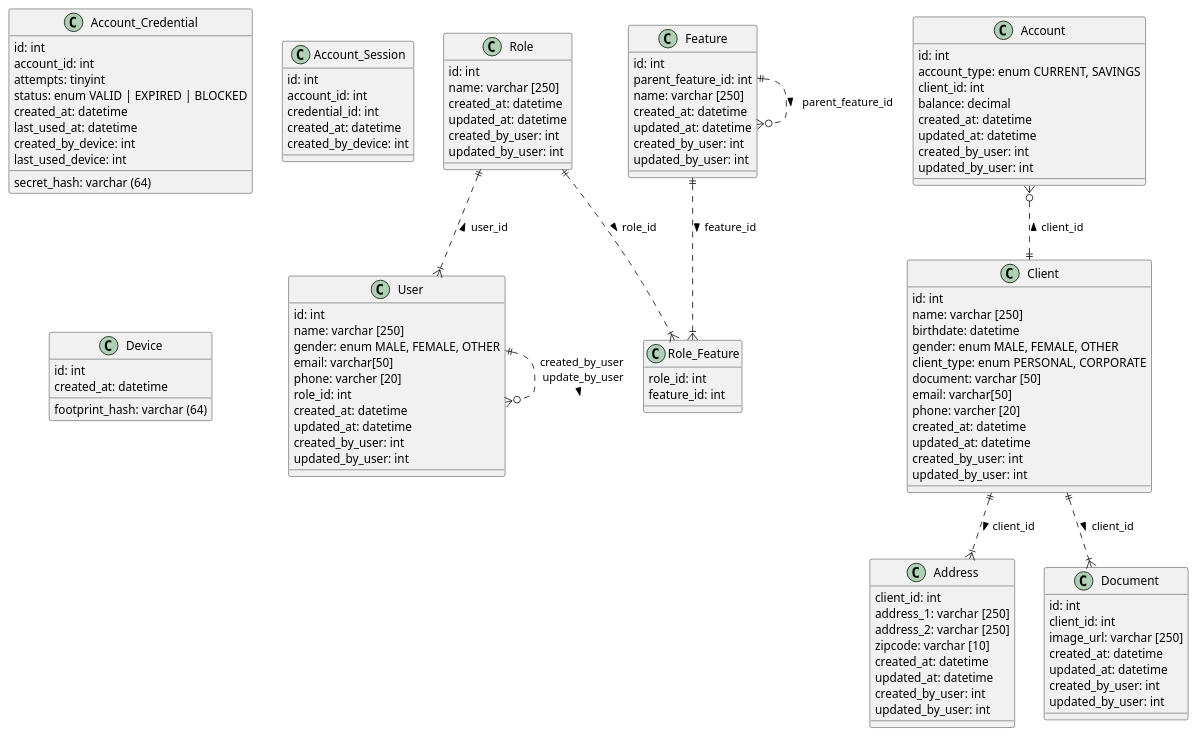
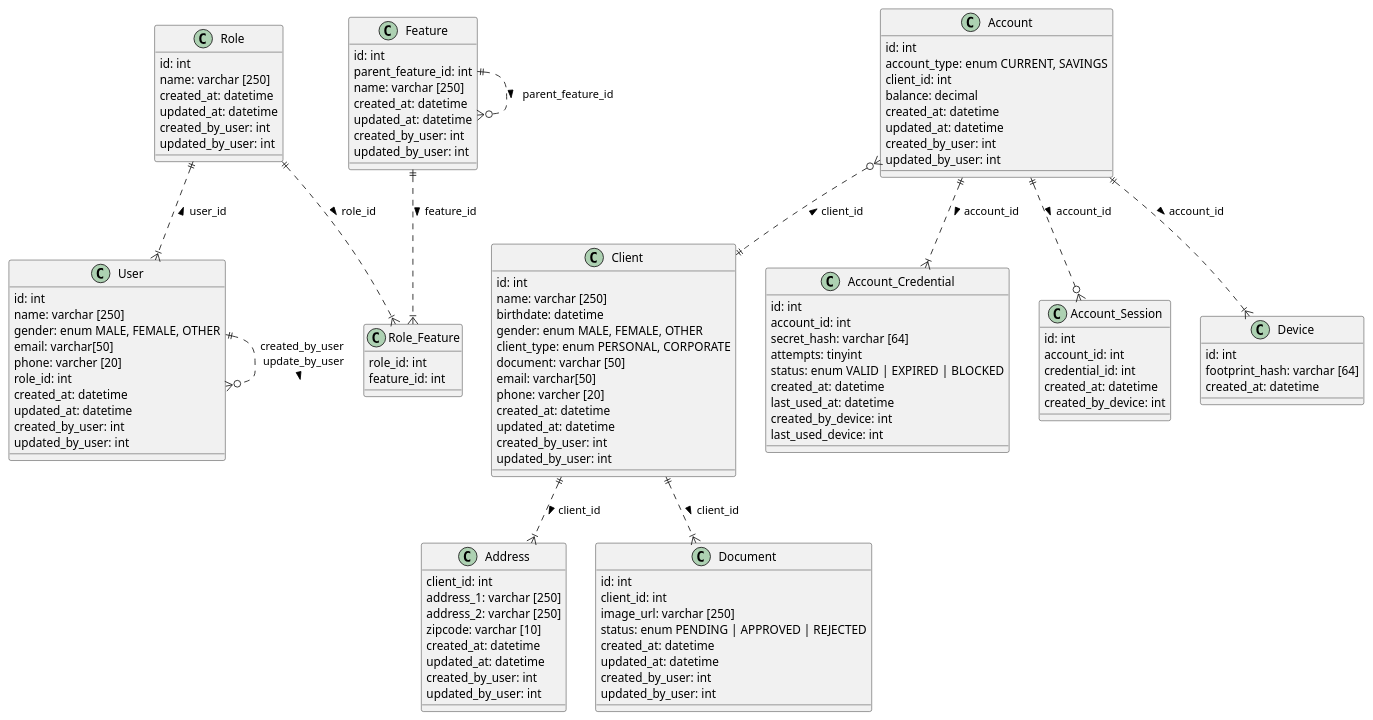
The diagram in Backend/Account-MS/architecture.plantuml (arnaldoportela/digibank), drawn with PlantUML before and after one commit.

Commit message:
feat: Modeling Diagram Cont.

```diff
--- a/Backend/Account-MS/architecture.plantuml
+++ b/Backend/Account-MS/architecture.plantuml
@@ -1,124 +1,129 @@
 @startuml
 
     Class User {
         id: int
         name: varchar [250]
         gender: enum MALE, FEMALE, OTHER
         email: varchar[50]
         phone: varcher [20]
         role_id: int
         created_at: datetime
         updated_at: datetime
         created_by_user: int
         updated_by_user: int
     }
 
     Class Role {
         id: int
         name: varchar [250]
         created_at: datetime
         updated_at: datetime
         created_by_user: int
         updated_by_user: int
     }
 
     Class Feature {
         id: int
         parent_feature_id: int
         name: varchar [250]
         created_at: datetime
         updated_at: datetime
         created_by_user: int
         updated_by_user: int
     }
 
     Class Role_Feature {
         role_id: int
         feature_id: int
     }
     
     Class Client {
         id: int
         name: varchar [250]
         birthdate: datetime
         gender: enum MALE, FEMALE, OTHER
         client_type: enum PERSONAL, CORPORATE
         document: varchar [50]
         email: varchar[50]
         phone: varcher [20]
         created_at: datetime
         updated_at: datetime
         created_by_user: int
         updated_by_user: int
     }
 
     Class Address {
         client_id: int
         address_1: varchar [250]
         address_2: varchar [250]
         zipcode: varchar [10]
         created_at: datetime
         updated_at: datetime
         created_by_user: int
         updated_by_user: int
     }
 
     Class Document {
         id: int
         client_id: int
         image_url: varchar [250]
+        status: enum PENDING | APPROVED | REJECTED
         created_at: datetime
         updated_at: datetime
         created_by_user: int
         updated_by_user: int
     }
 
     Class Account {
         id: int
         account_type: enum CURRENT, SAVINGS
         client_id: int
         balance: decimal
         created_at: datetime
         updated_at: datetime
         created_by_user: int
         updated_by_user: int
     }
 
     Class Account_Credential {
         id: int
         account_id: int
-        secret_hash: varchar (64)
+        secret_hash: varchar [64]
         attempts: tinyint
         status: enum VALID | EXPIRED | BLOCKED        
         created_at: datetime
         last_used_at: datetime
         created_by_device: int
         last_used_device: int
     }
 
     Class Account_Session {
         id: int
         account_id: int
         credential_id: int    
         created_at: datetime
         created_by_device: int
     }
 
     Class Device {
         id: int
-        footprint_hash: varchar (64)
+        footprint_hash: varchar [64]
         created_at: datetime
     }
 
     Role ||..|{ Role_Feature : role_id >
     Feature ||..|{ Role_Feature : feature_id >
     Role ||..|{ User : user_id <
     Feature ||..o{ Feature : parent_feature_id >
 
     User ||..o{ User : created_by_user\n update_by_user\n >
 
     Client ||..|{ Address : client_id >
     Client ||..|{ Document : client_id >
     Account }o..|| Client : client_id <
 
+    Account ||..|{ Device : account_id >
+    Account ||..|{ Account_Credential : account_id >
+    Account ||..o{ Account_Session : account_id >
+
 @enduml
```
